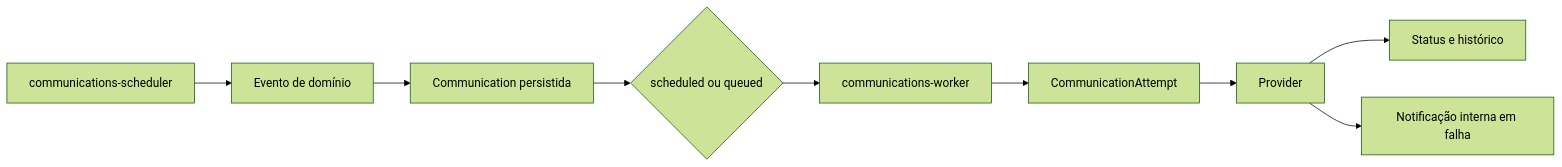
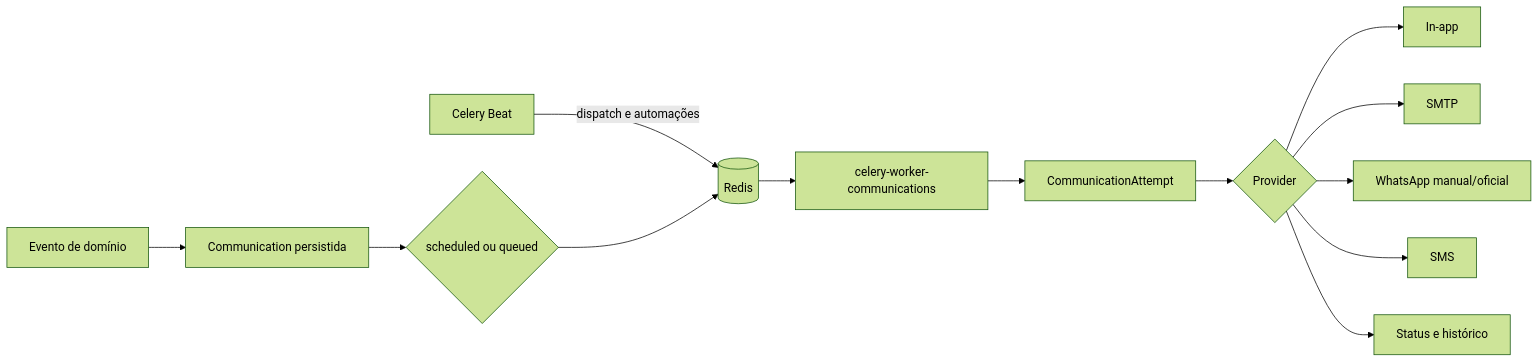
The diagram in docs/05-modulos/comunicacoes/README.md (FlavioProgramador/EloTerapeutico), drawn with Mermaid (forest theme) before and after one commit. The commit also changed other lines of this file, not shown here.

Commit message:
docs: atualiza módulo de comunicações e worker celery

````diff
--- a/docs/05-modulos/comunicacoes/README.md
+++ b/docs/05-modulos/comunicacoes/README.md
@@ -23,11 +35,15 @@
 ```mermaid
 flowchart LR
-    D[Evento de domínio] --> C[Communication persistida]
+    E[Evento de domínio] --> C[Communication persistida]
     C --> Q{scheduled ou queued}
-    Q --> W[communications-worker]
+    B[Celery Beat] -->|dispatch e automações| R[(Redis)]
+    Q --> R
+    R --> W[celery-worker-communications]
     W --> A[CommunicationAttempt]
-    A --> P[Provider]
-    P --> S[Status e histórico]
-    P --> N[Notificação interna em falha]
-    SC[communications-scheduler] --> D
+    A --> P{Provider}
+    P --> I[In-app]
+    P --> M[SMTP]
+    P --> WA[WhatsApp manual/oficial]
+    P --> S[SMS]
+    P --> H[Status e histórico]
 ```
````
